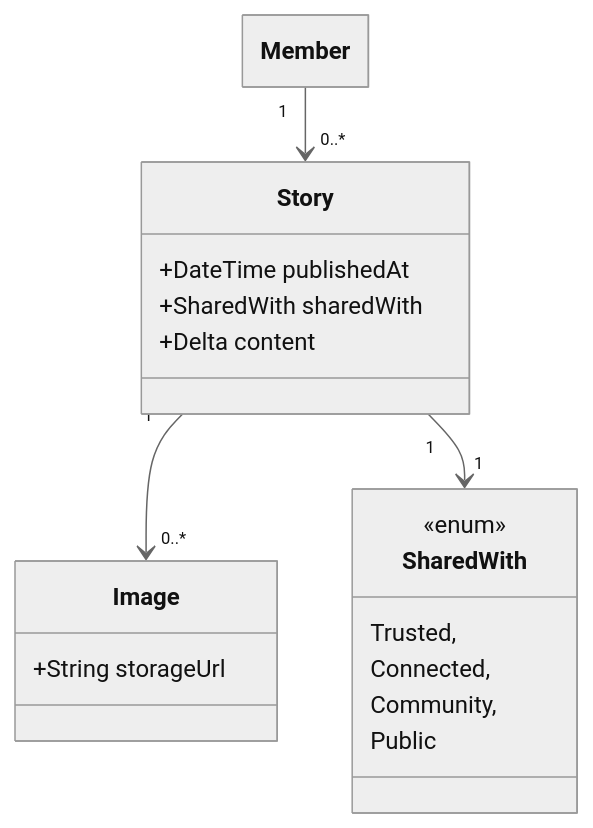
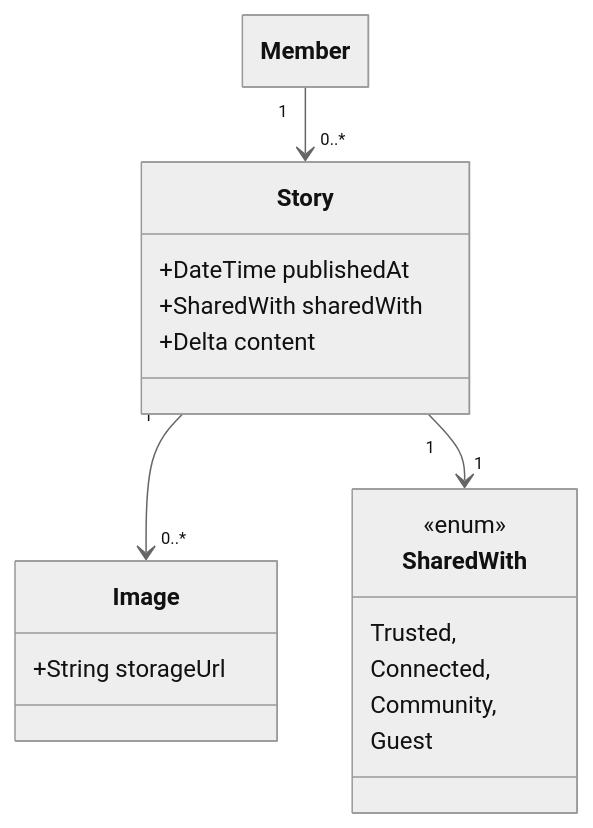
One commit to jurrien-de-klerk/pallas_today changed the second of 2 diagrams in doc/architecture/core-models.md. Above: the diagram before and after it, drawn with Mermaid (neutral theme).

Commit message:
Update core models documentation

````diff
--- a/doc/architecture/core-models.md
+++ b/doc/architecture/core-models.md
@@ -108,29 +108,29 @@
 ```mermaid
 ---
 config:
   class:
     hideEmptyMembersBox: true
 ---
 classDiagram
     class Member
     class Story {
         +DateTime publishedAt
         +SharedWith sharedWith
         +Delta content
     }
     class Image {
         +String storageUrl
     }
 
     class SharedWith {
         <<enum>>
         Trusted,
         Connected,
         Community,
-        Public
+        Guest
     }
 
     Member "1" --> "0..*" Story
     Story "1" --> "0..*" Image
     Story "1" --> "1" SharedWith
 ```
````
